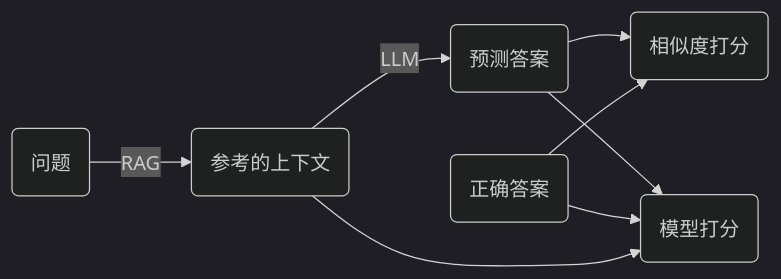
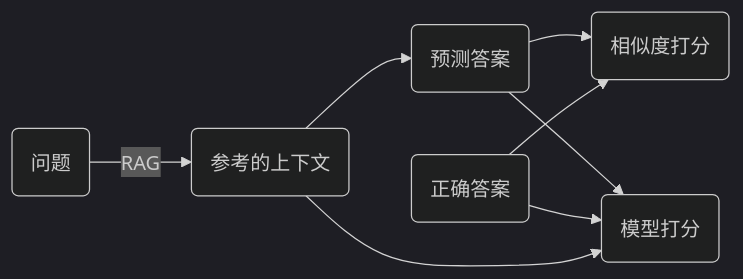
One commit to wuzhongyanqiu/InternLM-Review-Assistant changed the third of 4 diagrams in README.md. Above: the diagram before and after it, drawn with Mermaid (dark theme). The commit also changed other lines of this file and 8 other files, not shown here.

````diff
--- a/README.md
+++ b/README.md
@@ -242,10 +252,10 @@
 ```mermaid
 graph LR
     A(问题) -- RAG --> B(参考的上下文)
-    B(参考的上下文) -- LLM --> C(预测答案)
+    B(参考的上下文) --> C(预测答案)
     C(预测答案) --> E(相似度打分)
     D(正确答案) --> E(相似度打分)
     C(预测答案) --> F(模型打分)
     D(正确答案) --> F(模型打分)
     B(参考的上下文) --> F(模型打分)
 ```
````
